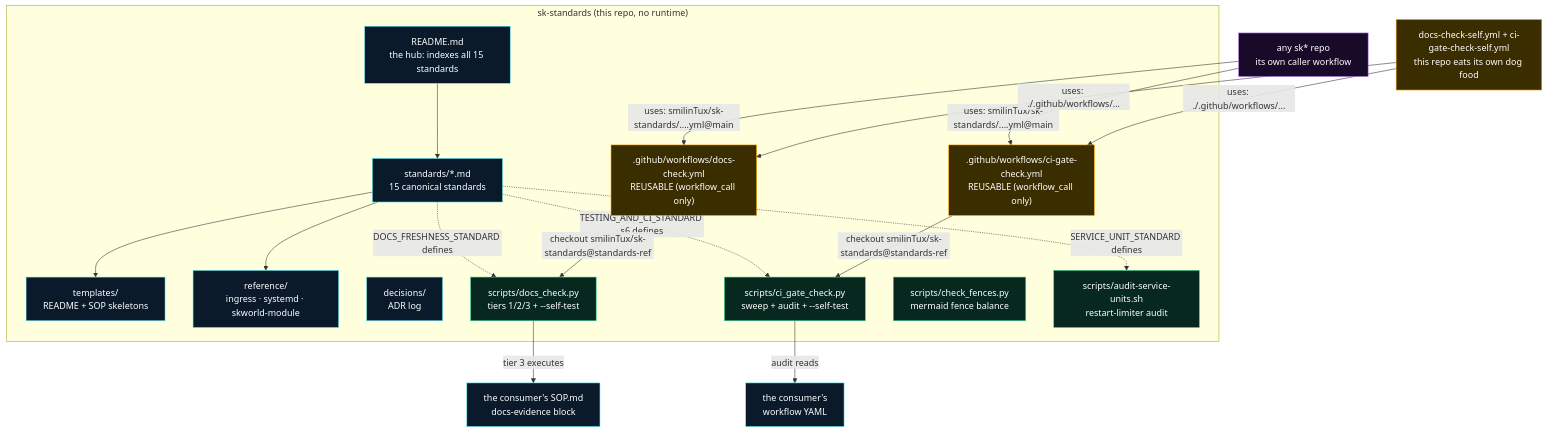
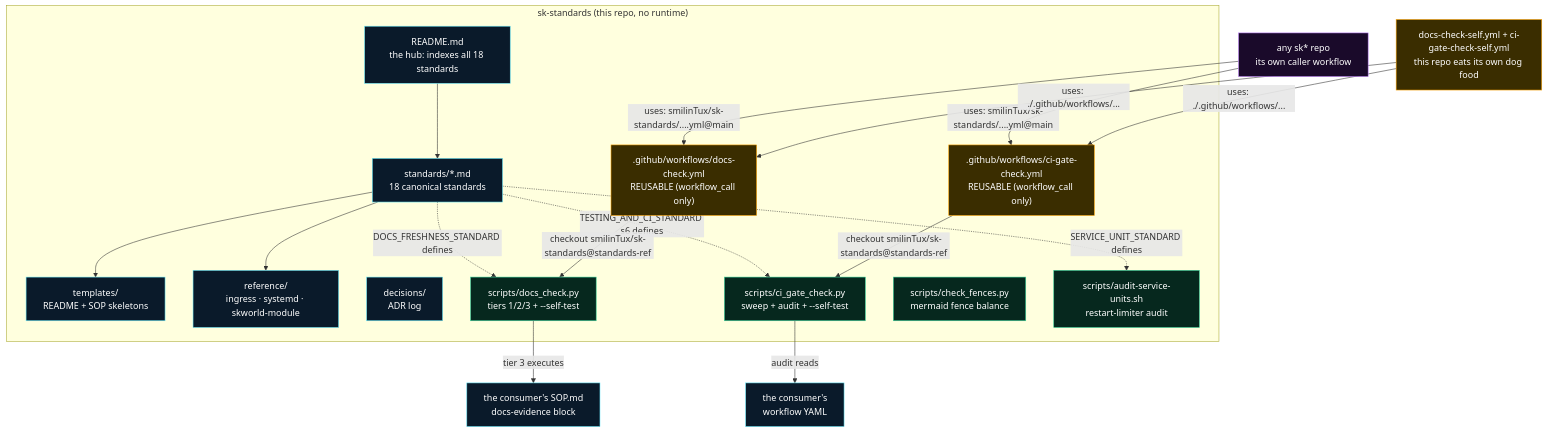
One commit to smilinTux/sk-standards changed the first of 2 diagrams in SOP.md. Above: the diagram before and after it, drawn with Mermaid. The commit also changed other lines of this file and 7 other files, not shown here.

````diff
--- a/SOP.md
+++ b/SOP.md
@@ -59,39 +59,39 @@
 ```mermaid
 flowchart TD
     subgraph skstd["sk-standards (this repo, no runtime)"]
-      README["README.md<br/>the hub: indexes all 15 standards"]:::doc
-      STD["standards/*.md<br/>15 canonical standards"]:::doc
+      README["README.md<br/>the hub: indexes all 18 standards"]:::doc
+      STD["standards/*.md<br/>18 canonical standards"]:::doc
       TPL["templates/<br/>README + SOP skeletons"]:::doc
       REF["reference/<br/>ingress · systemd · skworld-module"]:::doc
       ADR["decisions/<br/>ADR log"]:::doc
       DC["scripts/docs_check.py<br/>tiers 1/2/3 + --self-test"]:::val
       CG["scripts/ci_gate_check.py<br/>sweep + audit + --self-test"]:::val
       CF["scripts/check_fences.py<br/>mermaid fence balance"]:::val
       AU["scripts/audit-service-units.sh<br/>restart-limiter audit"]:::val
       RW[".github/workflows/docs-check.yml<br/>REUSABLE (workflow_call only)"]:::gate
       RC[".github/workflows/ci-gate-check.yml<br/>REUSABLE (workflow_call only)"]:::gate
     end
 
     SELF["docs-check-self.yml + ci-gate-check-self.yml<br/>this repo eats its own dog food"]:::gate
     CONS["any sk* repo<br/>its own caller workflow"]:::consumer
 
     README --> STD
     STD --> TPL
     STD --> REF
     STD -. "DOCS_FRESHNESS_STANDARD defines" .-> DC
     STD -. "TESTING_AND_CI_STANDARD s6 defines" .-> CG
     STD -. "SERVICE_UNIT_STANDARD defines" .-> AU
     RW -->|"checkout smilinTux/sk-standards@standards-ref"| DC
     RC -->|"checkout smilinTux/sk-standards@standards-ref"| CG
     CONS -->|"uses: smilinTux/sk-standards/....yml@main"| RW
     CONS -->|"uses: smilinTux/sk-standards/....yml@main"| RC
     SELF -->|"uses: ./.github/workflows/..."| RW
     SELF -->|"uses: ./.github/workflows/..."| RC
     DC -->|"tier 3 executes"| EV["the consumer's SOP.md<br/>docs-evidence block"]:::doc
     CG -->|"audit reads"| WF["the consumer's<br/>workflow YAML"]:::doc
 
     classDef doc fill:#0a1a2a,stroke:#67e8f9,color:#fff;
     classDef val fill:#06281e,stroke:#34d399,color:#fff;
     classDef gate fill:#3a2d00,stroke:#ffa500,color:#fff;
     classDef consumer fill:#1a0a2a,stroke:#c084fc,color:#fff;
 ```
````
